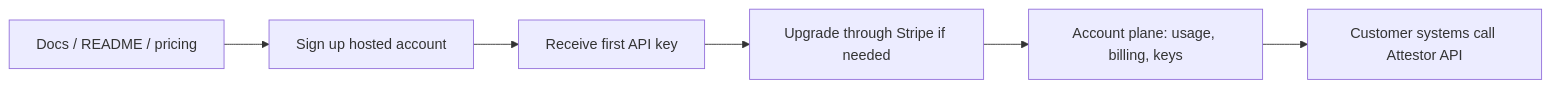
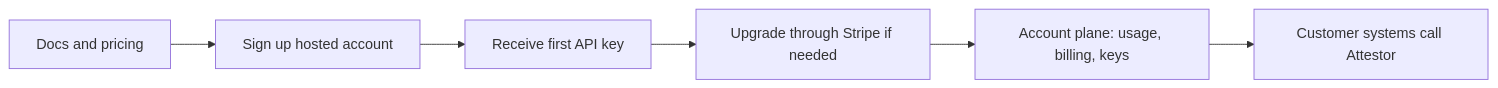
Before and after one commit to 0xlamarr-labs/attestor: the diagram in docs/01-overview/hosted-customer-journey.md, drawn with Mermaid. The commit also changed other lines of this file and 1 other file, not shown here.

Commit message:
Clarify pricing and hosted buying docs

````diff
--- a/docs/01-overview/hosted-customer-journey.md
+++ b/docs/01-overview/hosted-customer-journey.md
@@ -42,8 +35,8 @@
 ```mermaid
 flowchart LR
-  D["Docs / README / pricing"] --> S["Sign up hosted account"]
+  D["Docs and pricing"] --> S["Sign up hosted account"]
   S --> K["Receive first API key"]
   K --> U["Upgrade through Stripe if needed"]
   U --> A["Account plane: usage, billing, keys"]
-  A --> C["Customer systems call Attestor API"]
+  A --> C["Customer systems call Attestor"]
 ```
````
